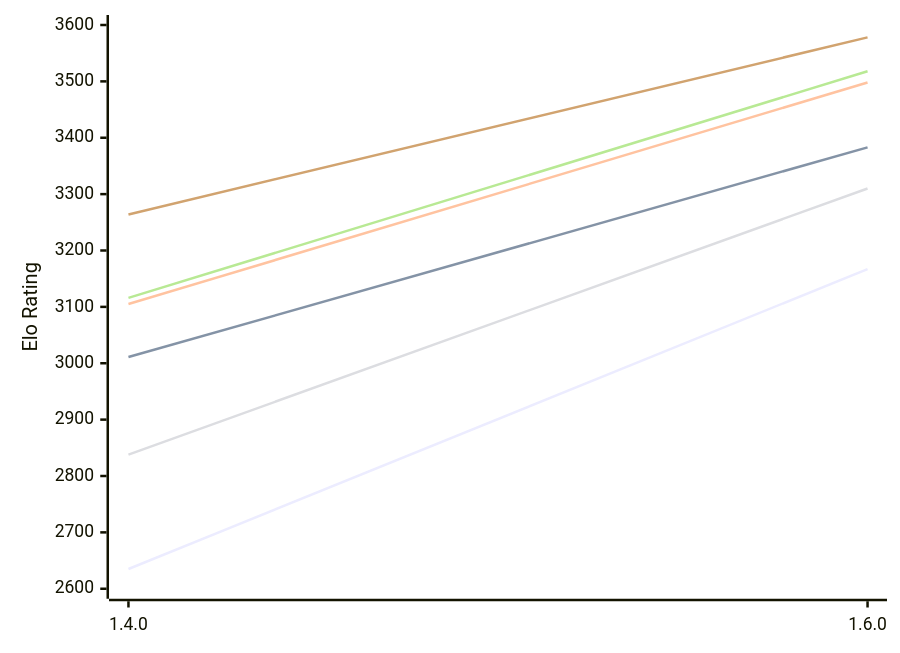
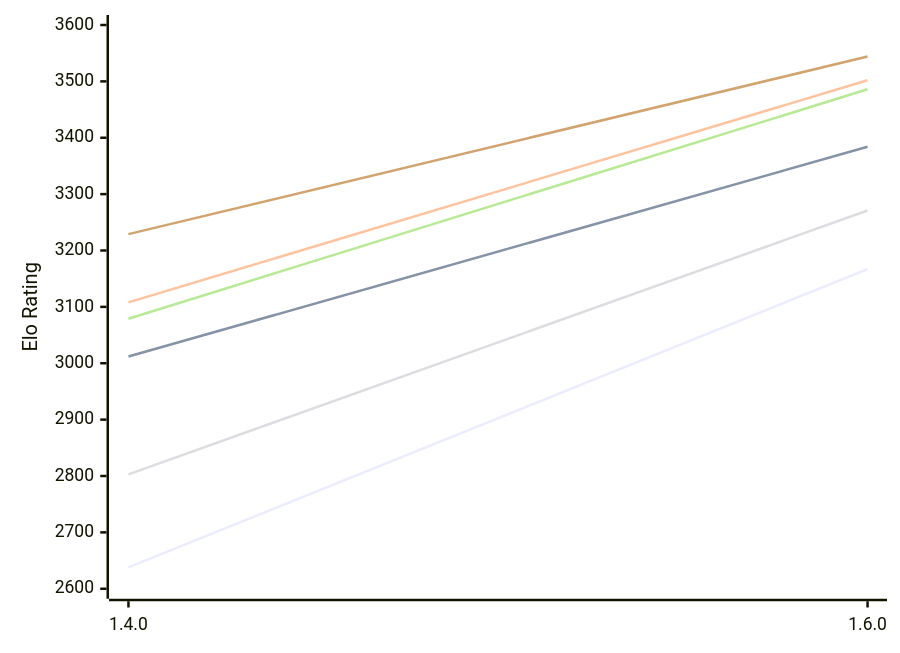
The first of 2 diagrams in engines/Gyatso.md (computer-chess-index/cci), drawn with Mermaid before and after one commit. The commit also changed other lines of this file, not shown here.

Commit message:
Update CCI Ratings (ELO VLTC) - 2026-10-23

````diff
--- a/engines/Gyatso.md
+++ b/engines/Gyatso.md
@@ -53,12 +53,12 @@
 ```mermaid
 %%{init: {"theme":"base","themeVariables":{"seriesColors:['#a3a3a3','#222221','#faa371']}}}%%
 xychart-beta
   x-axis ["1.4.0", "1.6.0"]
   y-axis "Elo Rating" 2600 --> 3600
-  line "E1: STC (8.0+0.08s)" [2635, 3167]
-  line "E1: LTC (60.0+0.60s)" [3011, 3383]
-  line "E1: VLTC (2m24s+1.12s)" [3105, 3498]
-  line "P1: STC (8.0+0.08s)" [2838, 3310]
-  line "P1: LTC (60.0+0.60s)" [3116, 3518]
-  line "P1: VLTC (2m24s+1.12s)" [3264, 3578]
+  line "E1: STC (8.0+0.08s)" [2638, 3167]
+  line "E1: LTC (60.0+0.60s)" [3012, 3384]
+  line "E1: VLTC (2m24s+1.12s)" [3108, 3502]
+  line "P1: STC (8.0+0.08s)" [2803, 3271]
+  line "P1: LTC (60.0+0.60s)" [3079, 3486]
+  line "P1: VLTC (2m24s+1.12s)" [3229, 3544]
 ```
````
